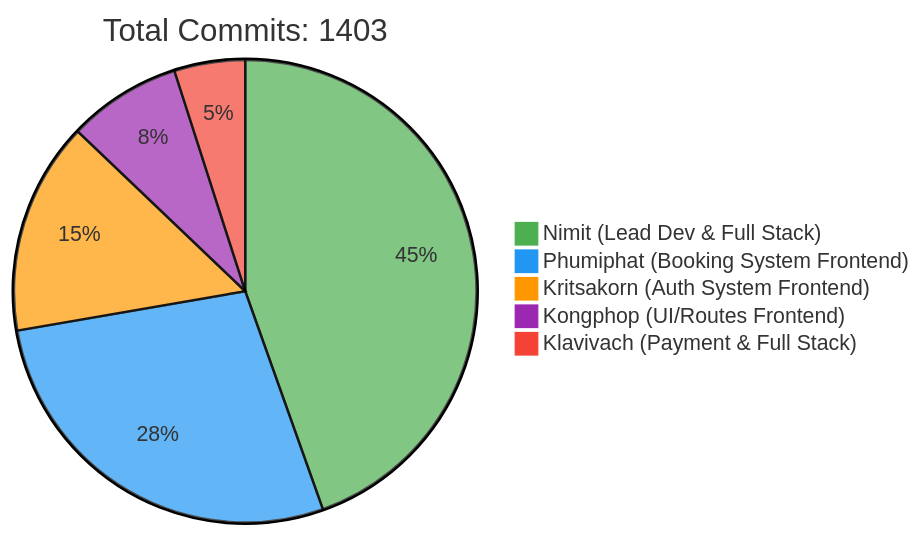
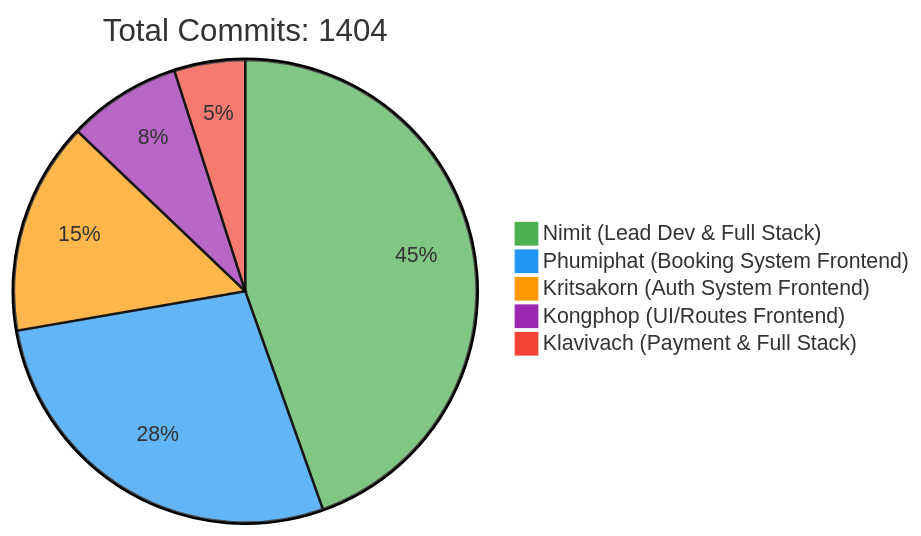
Before and after one commit to 6531503042/Sport-Complex: the first of 2 diagrams in README.md, drawn with Mermaid. The commit also changed other lines of this file, not shown here.

Commit message:
docs: Update contributor statistics [skip ci]

````diff
--- a/README.md
+++ b/README.md
@@ -257,10 +257,10 @@
 ```mermaid
 %%{init: {'theme': 'base', 'themeVariables': { 'pie1': '#4CAF50', 'pie2': '#2196F3', 'pie3': '#FF9800', 'pie4': '#9C27B0', 'pie5': '#F44336'}}}%%
 pie
-    title Total Commits: 1403
+    title Total Commits: 1404
     "Nimit (Lead Dev & Full Stack)" : 450
     "Phumiphat (Booking System Frontend)" : 280
     "Kritsakorn (Auth System Frontend)" : 150
     "Kongphop (UI/Routes Frontend)" : 80
     "Klavivach (Payment & Full Stack)" : 50
 ```
````
